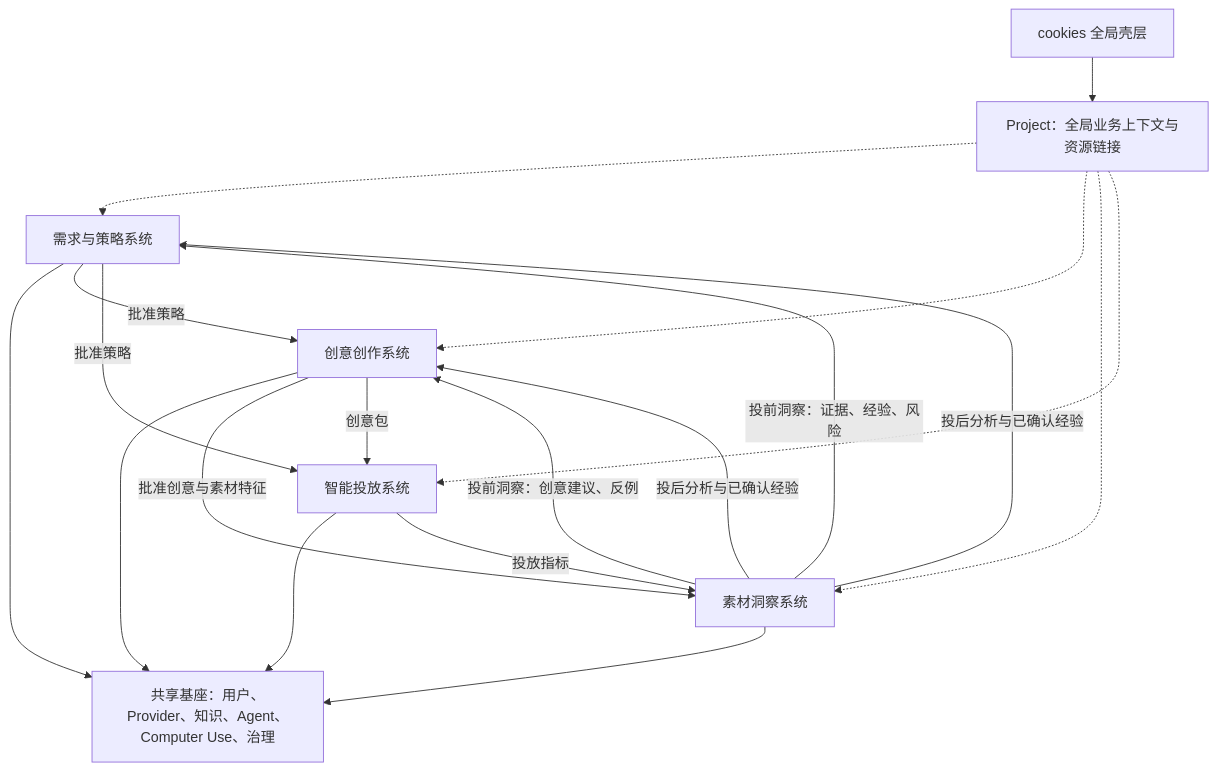
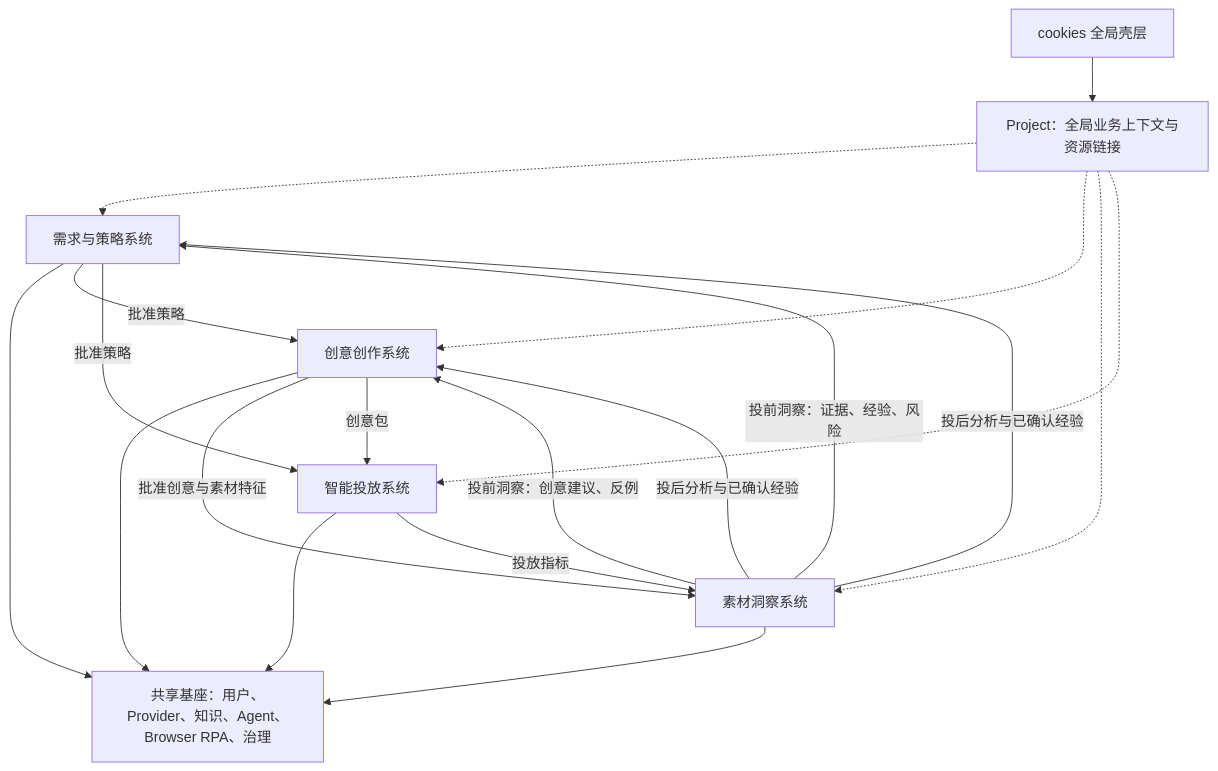
One commit to Moemu/cookies changed the diagram in docs/00-project-overview.md. Above: the diagram before and after it, drawn with Mermaid. The commit also changed other lines of this file and 10 other files, not shown here.

````diff
--- a/docs/00-project-overview.md
+++ b/docs/00-project-overview.md
@@ -107,31 +107,31 @@
 ```mermaid
 flowchart TB
   Shell["cookies 全局壳层"]
   Project["Project：全局业务上下文与资源链接"]
   Strategy["需求与策略系统"]
   Creative["创意创作系统"]
   Insights["素材洞察系统"]
   Delivery["智能投放系统"]
-  Platform["共享基座：用户、Provider、知识、Agent、Computer Use、治理"]
+  Platform["共享基座：用户、Provider、知识、Agent、Browser RPA、治理"]
 
   Shell --> Project
   Project -.-> Strategy
   Project -.-> Creative
   Project -.-> Insights
   Project -.-> Delivery
 
   Strategy --> Platform
   Creative --> Platform
   Insights --> Platform
   Delivery --> Platform
 
   Strategy -->|"批准策略"| Creative
   Strategy -->|"批准策略"| Delivery
   Insights -->|"投前洞察：证据、经验、风险"| Strategy
   Insights -->|"投前洞察：创意建议、反例"| Creative
   Creative -->|"批准创意与素材特征"| Insights
   Creative -->|"创意包"| Delivery
   Delivery -->|"投放指标"| Insights
   Insights -->|"投后分析与已确认经验"| Strategy
   Insights -->|"投后分析与已确认经验"| Creative
 ```
````
